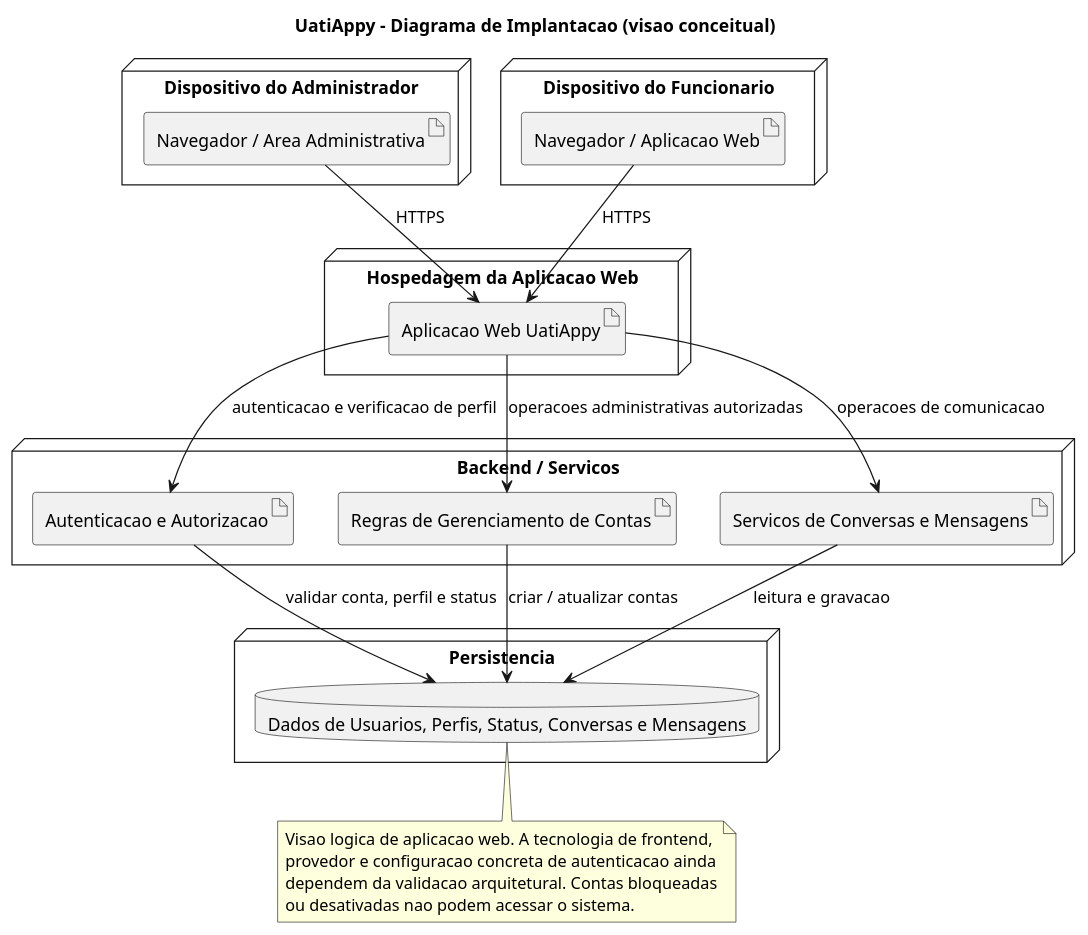
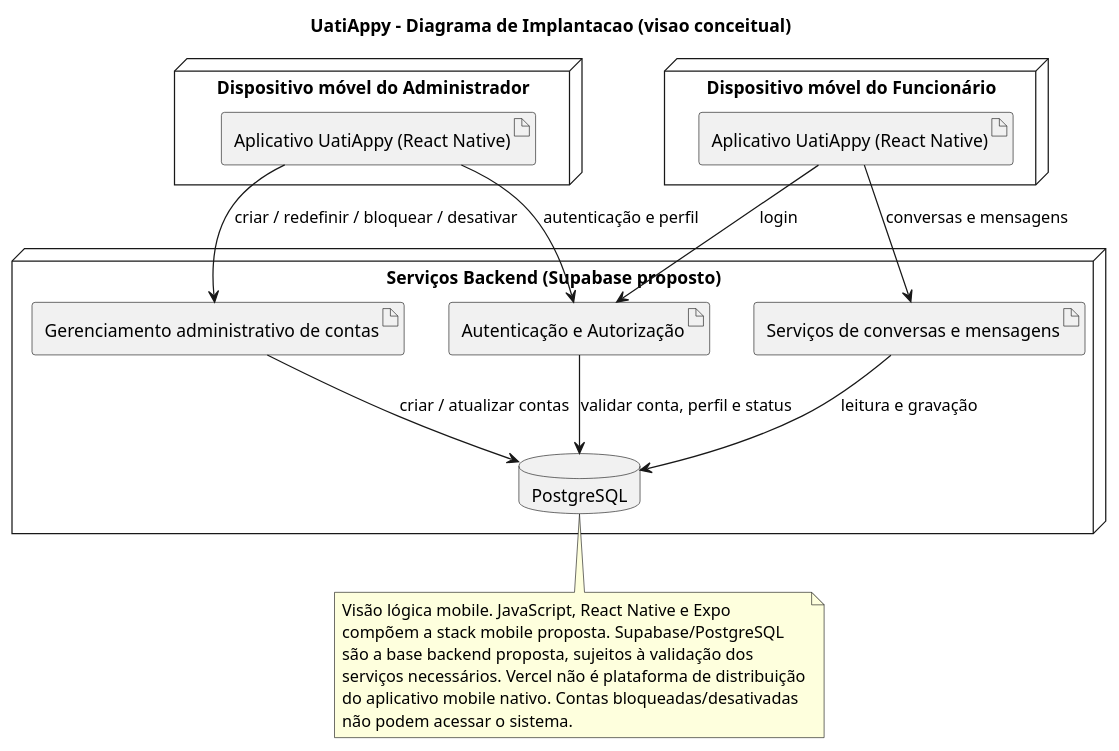
One commit to daviwanziler/uatiappy-vdois changed the fifth of 10 diagrams in Docs/requisitos/escopo-mvp.md. Above: the diagram before and after it, drawn with PlantUML. The commit also changed other lines of this file, not shown here.

Commit message:
docs: corrigir requisitos e diagramas para aplicativo mobile

````diff
--- a/Docs/requisitos/escopo-mvp.md
+++ b/Docs/requisitos/escopo-mvp.md
@@ -393,39 +396,35 @@
 ```plantuml
 @startuml
 title UatiAppy - Diagrama de Implantacao (visao conceitual)
 
-node "Dispositivo do Administrador" as ADMINDEVICE {
-  artifact "Navegador / Area Administrativa" as ADMINBROWSER
+node "Dispositivo móvel do Administrador" as ADMINDEVICE {
+  artifact "Aplicativo UatiAppy (React Native)" as ADMINAPP
 }
-node "Dispositivo do Funcionario" as USERDEVICE {
-  artifact "Navegador / Aplicacao Web" as USERBROWSER
+node "Dispositivo móvel do Funcionário" as USERDEVICE {
+  artifact "Aplicativo UatiAppy (React Native)" as USERAPP
 }
-node "Hospedagem da Aplicacao Web" as WEBHOST {
-  artifact "Aplicacao Web UatiAppy" as WEBAPP
-}
-node "Backend / Servicos" as BACKEND {
-  artifact "Autenticacao e Autorizacao" as AUTH
-  artifact "Regras de Gerenciamento de Contas" as ACCOUNT
-  artifact "Servicos de Conversas e Mensagens" as CHAT
-}
-node "Persistencia" as STORAGE {
-  database "Dados de Usuarios, Perfis, Status, Conversas e Mensagens" as DB
+node "Serviços Backend (Supabase proposto)" as BACKEND {
+  artifact "Autenticação e Autorização" as AUTH
+  artifact "Gerenciamento administrativo de contas" as ACCOUNT
+  artifact "Serviços de conversas e mensagens" as CHAT
+  database "PostgreSQL" as DB
 }
 
-ADMINBROWSER --> WEBAPP : HTTPS
-USERBROWSER --> WEBAPP : HTTPS
-WEBAPP --> AUTH : autenticacao e verificacao de perfil
-WEBAPP --> ACCOUNT : operacoes administrativas autorizadas
-WEBAPP --> CHAT : operacoes de comunicacao
+ADMINAPP --> AUTH : autenticação e perfil
+USERAPP --> AUTH : login
+ADMINAPP --> ACCOUNT : criar / redefinir / bloquear / desativar
+USERAPP --> CHAT : conversas e mensagens
 AUTH --> DB : validar conta, perfil e status
 ACCOUNT --> DB : criar / atualizar contas
-CHAT --> DB : leitura e gravacao
+CHAT --> DB : leitura e gravação
 
 note bottom
-  Visao logica de aplicacao web. A tecnologia de frontend,
-  provedor e configuracao concreta de autenticacao ainda
-  dependem da validacao arquitetural. Contas bloqueadas
-  ou desativadas nao podem acessar o sistema.
+  Visão lógica mobile. JavaScript, React Native e Expo
+  compõem a stack mobile proposta. Supabase/PostgreSQL
+  são a base backend proposta, sujeitos à validação dos
+  serviços necessários. Vercel não é plataforma de distribuição
+  do aplicativo mobile nativo. Contas bloqueadas/desativadas
+  não podem acessar o sistema.
 end note
 @enduml
 ```
````
